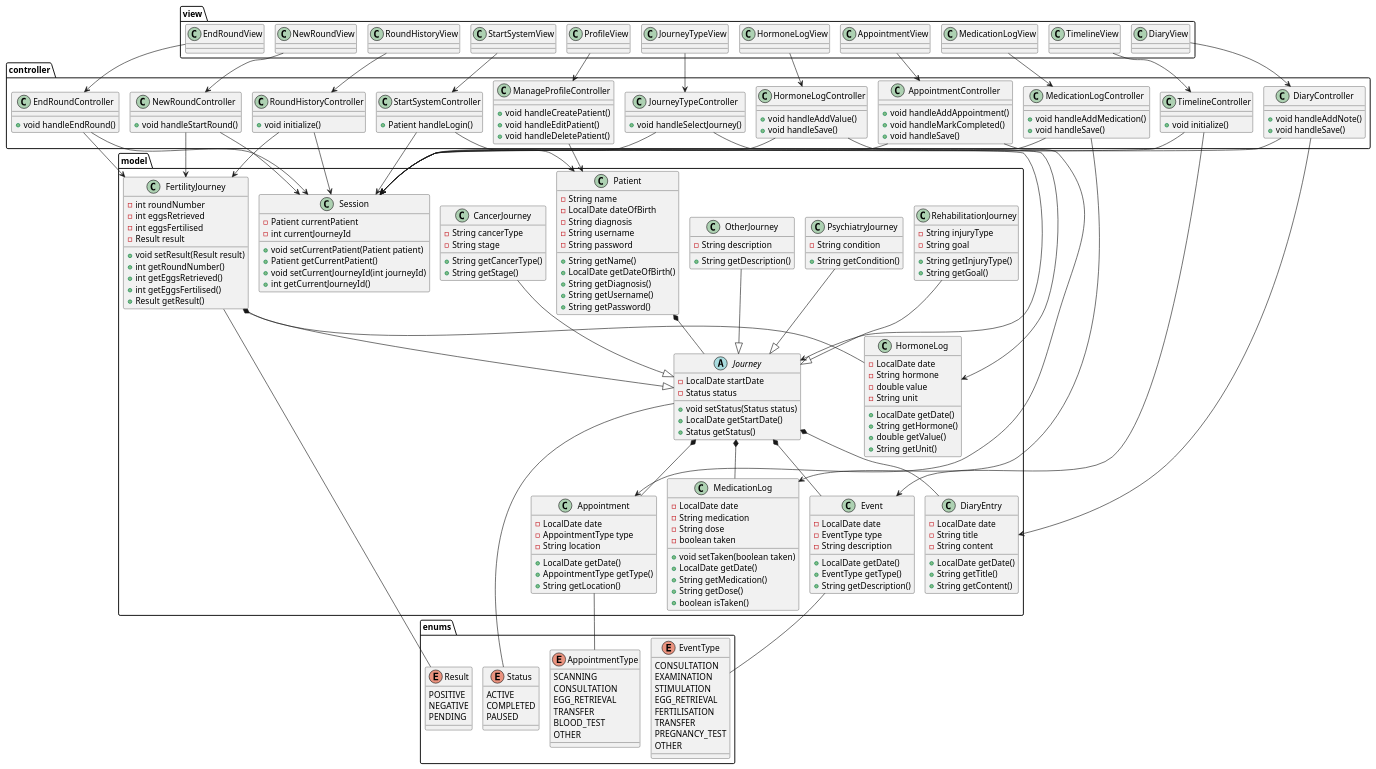
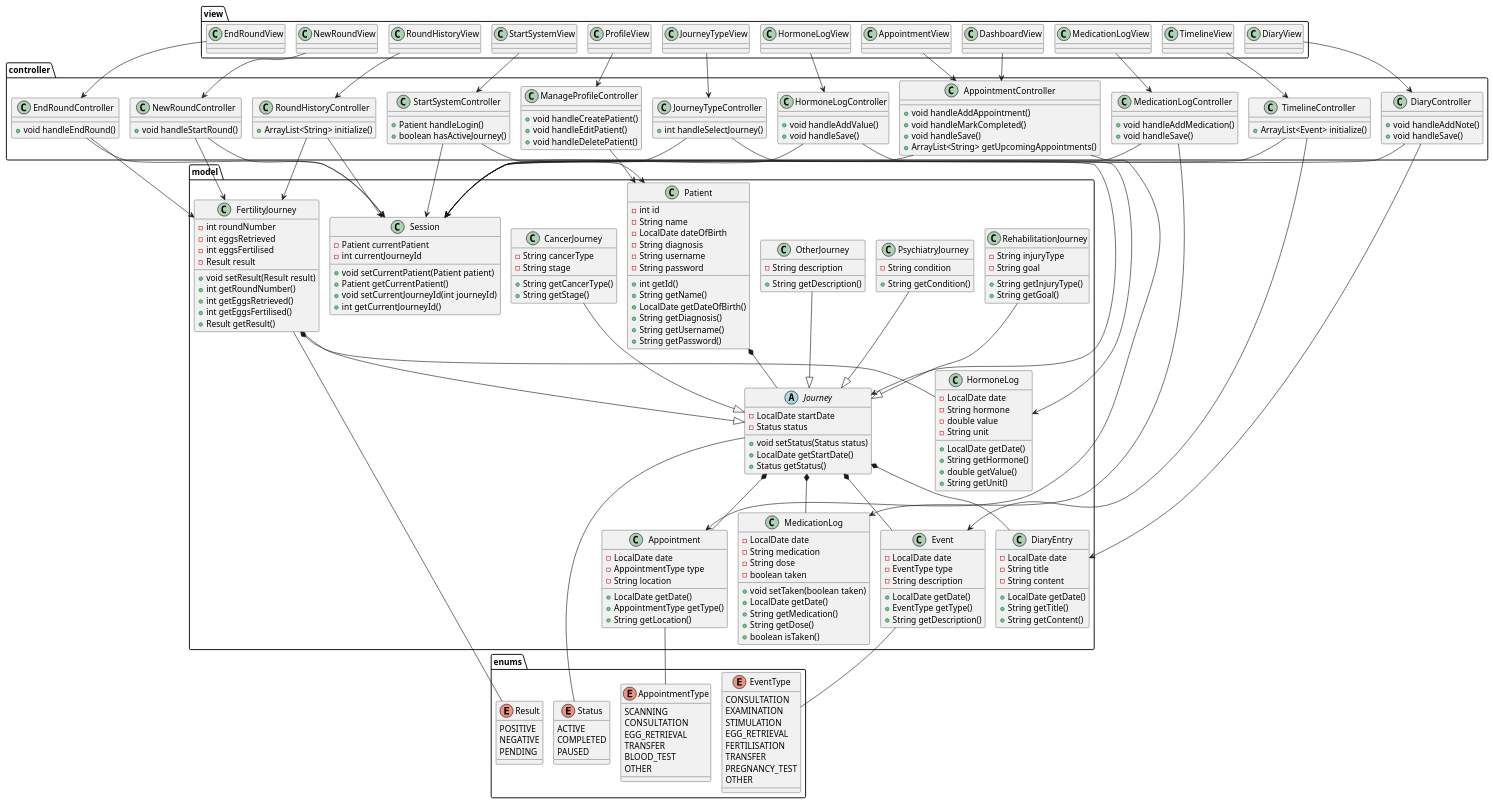
Before and after one commit to BesimaP/SP4---MiniSP: the diagram in doc/static/Klassediagram3.puml, drawn with PlantUML. The commit also changed 8 other files, not shown here.

```diff
--- a/doc/static/Klassediagram3.puml
+++ b/doc/static/Klassediagram3.puml
@@ -11,11 +11,13 @@
   }
 
   class Patient {
+    - int id
     - String name
     - LocalDate dateOfBirth
     - String diagnosis
     - String username
     - String password
+    + int getId()
     + String getName()
     + LocalDate getDateOfBirth()
     + String getDiagnosis()
@@ -165,11 +167,13 @@
   class DiaryView
   class RoundHistoryView
   class EndRoundView
+  class DashboardView
 }
 
 package "controller" {
   class StartSystemController {
     + Patient handleLogin()
+    + boolean hasActiveJourney()
   }
 
   class ManageProfileController {
@@ -179,7 +183,7 @@
   }
 
   class JourneyTypeController {
-    + void handleSelectJourney()
+    + int handleSelectJourney()
   }
 
   class NewRoundController {
@@ -190,6 +194,7 @@
     + void handleAddAppointment()
     + void handleMarkCompleted()
     + void handleSave()
+    + ArrayList<String> getUpcomingAppointments()
   }
 
   class HormoneLogController {
@@ -203,7 +208,7 @@
   }
 
   class TimelineController {
-    + void initialize()
+    + ArrayList<Event> initialize()
   }
 
   class DiaryController {
@@ -212,7 +217,7 @@
   }
 
   class RoundHistoryController {
-    + void initialize()
+    + ArrayList<String> initialize()
   }
 
   class EndRoundController {
@@ -232,6 +237,7 @@
 DiaryView --> DiaryController
 RoundHistoryView --> RoundHistoryController
 EndRoundView --> EndRoundController
+DashboardView --> AppointmentController
 
 ' CONTROLLER -> MODEL
 StartSystemController --> Patient
```
